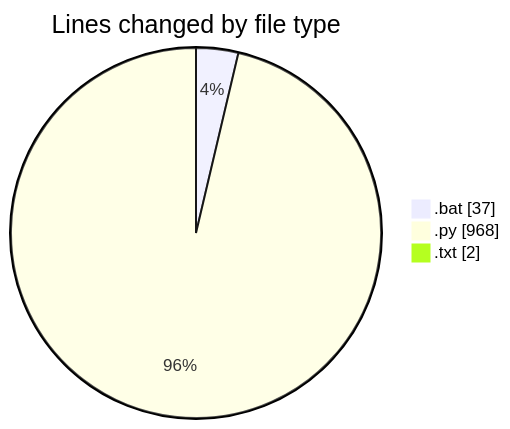
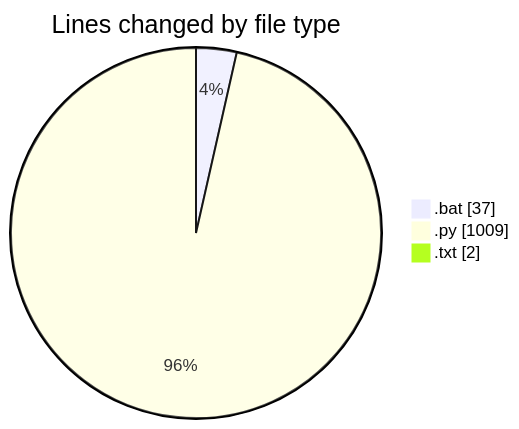
The first of 2 diagrams in 2025-07-04/cursor/README.md (FelipKnott/code-tracking), drawn with Mermaid before and after one commit. The commit also changed other lines of this file and 1 other file, not shown here.

````diff
--- a/2025-07-04/cursor/README.md
+++ b/2025-07-04/cursor/README.md
@@ -35,7 +35,7 @@
 ```mermaid
 pie showData
 title Lines changed by file type
 ".bat" : 37
-".py" : 968
+".py" : 1009
 ".txt" : 2
 ```
````
